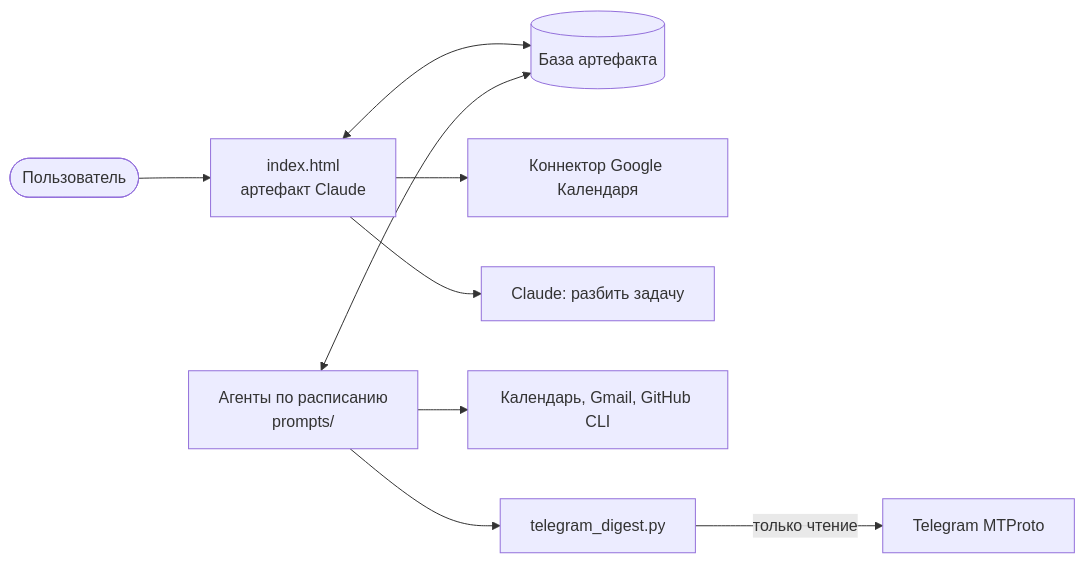
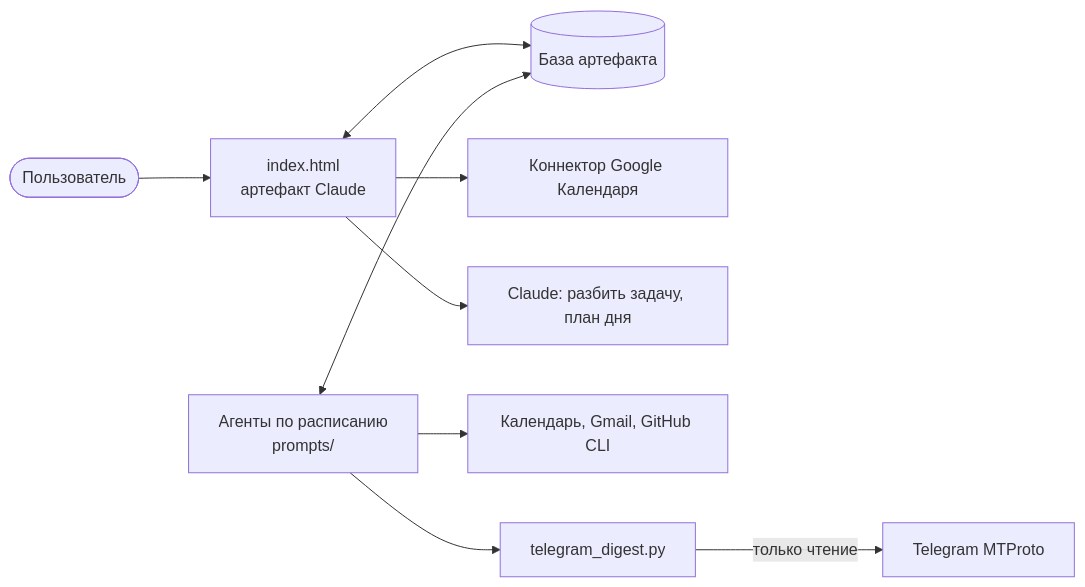
The diagram in README.ru.md (R00tPengu1n/pult-dnya), drawn with Mermaid before and after one commit. The commit also changed other lines of this file and 2 other files, not shown here.

````diff
--- a/README.ru.md
+++ b/README.ru.md
@@ -42,11 +64,11 @@
 ```mermaid
 flowchart LR
     user([Пользователь]) --> page[index.html<br>артефакт Claude]
     page <--> db[(База артефакта)]
     page --> cal[Коннектор Google Календаря]
-    page --> llm[Claude: разбить задачу]
+    page --> llm[Claude: разбить задачу, план дня]
     agents[Агенты по расписанию<br>prompts/] <--> db
     agents --> sources[Календарь, Gmail, GitHub CLI]
     agents --> digest[telegram_digest.py]
     digest -- только чтение --> tg[Telegram MTProto]
 ```
````
